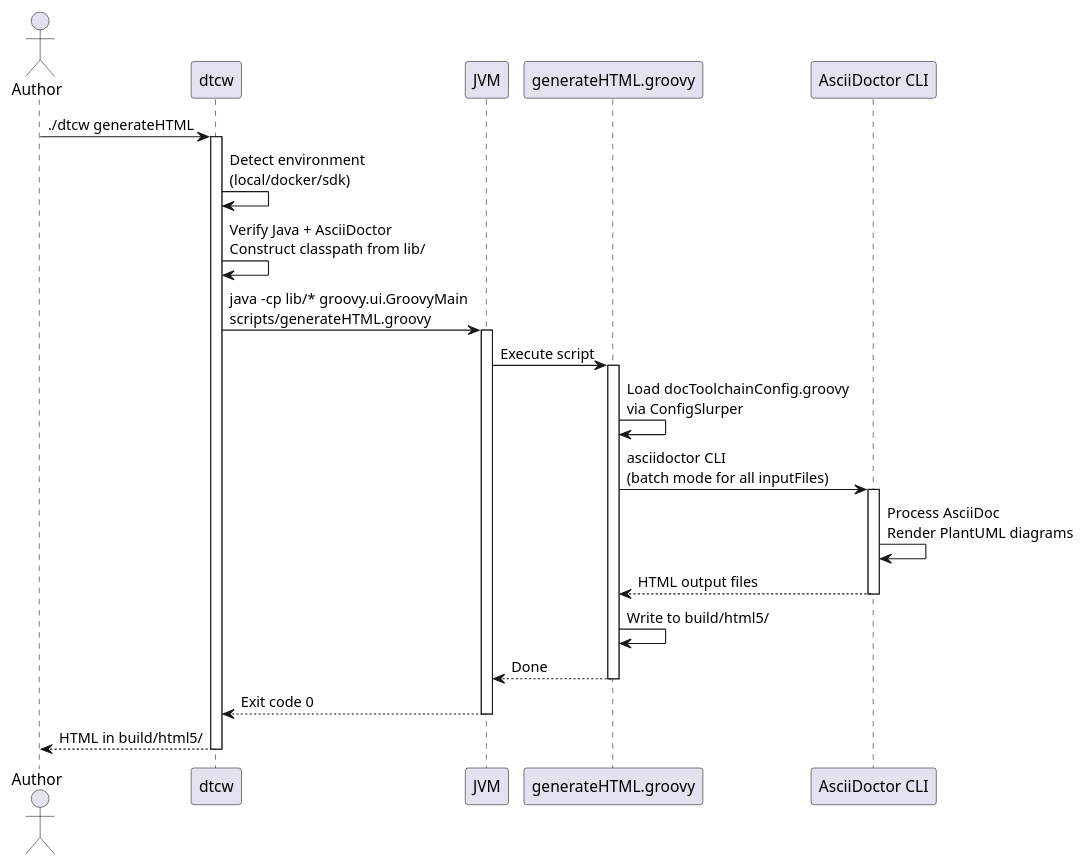
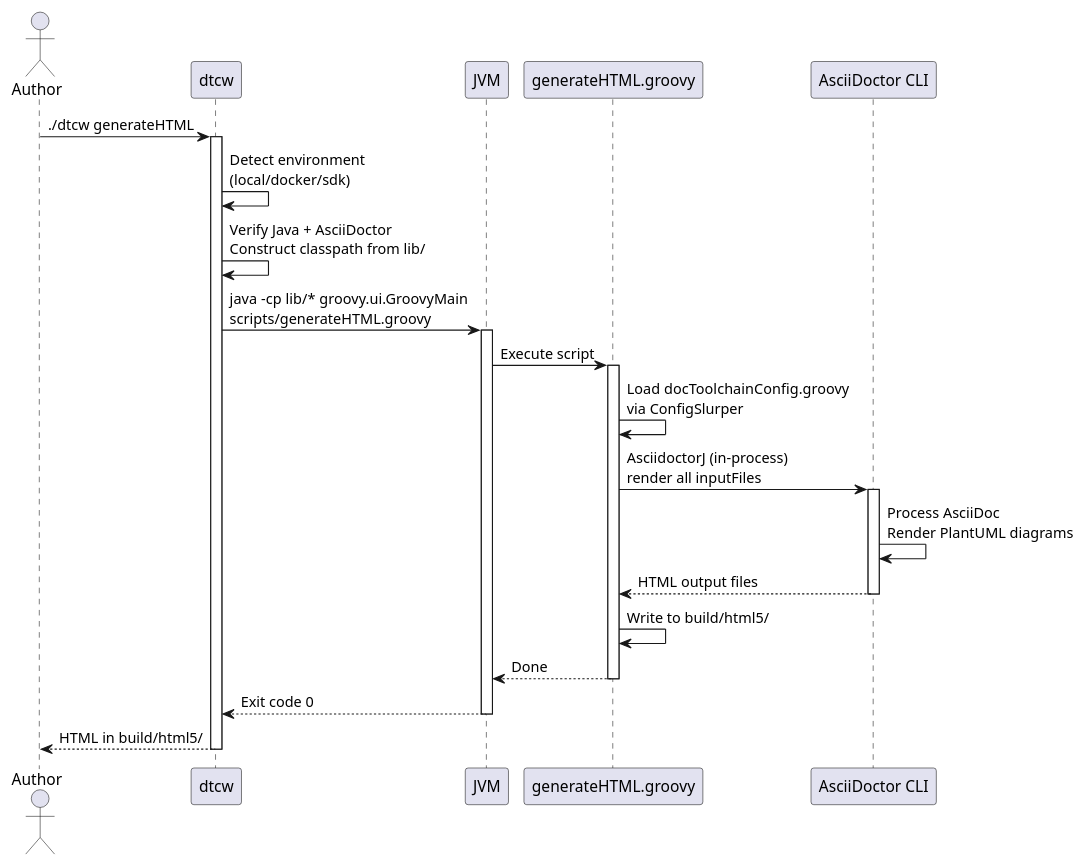
The first of 5 diagrams in src/docs/arc42/chapters/06_runtime_view.adoc (raifdmueller/docToolchain), drawn with PlantUML before and after one commit. The commit also changed other lines of this file and 12 other files, not shown here.

```diff
--- a/src/docs/arc42/chapters/06_runtime_view.adoc
+++ b/src/docs/arc42/chapters/06_runtime_view.adoc
@@ -20,32 +20,32 @@
 [plantuml,runtime-generatehtml-v4,png]
 ----
 @startuml
 actor "Author" as user
 participant "dtcw" as dtcw
 participant "JVM" as jvm
 participant "generateHTML.groovy" as script
 participant "AsciiDoctor CLI" as asciidoc
 
 user -> dtcw : ./dtcw generateHTML
 activate dtcw
 dtcw -> dtcw : Detect environment\n(local/docker/sdk)
 dtcw -> dtcw : Verify Java + AsciiDoctor\nConstruct classpath from lib/
 dtcw -> jvm : java -cp lib/* groovy.ui.GroovyMain\nscripts/generateHTML.groovy
 activate jvm
 jvm -> script : Execute script
 activate script
 script -> script : Load docToolchainConfig.groovy\nvia ConfigSlurper
-script -> asciidoc : asciidoctor CLI\n(batch mode for all inputFiles)
+script -> asciidoc : AsciidoctorJ (in-process)\nrender all inputFiles
 activate asciidoc
 asciidoc -> asciidoc : Process AsciiDoc\nRender PlantUML diagrams
 asciidoc --> script : HTML output files
 deactivate asciidoc
 script -> script : Write to build/html5/
 script --> jvm : Done
 deactivate script
 jvm --> dtcw : Exit code 0
 deactivate jvm
 dtcw --> user : HTML in build/html5/
 deactivate dtcw
 @enduml
 ----
```
